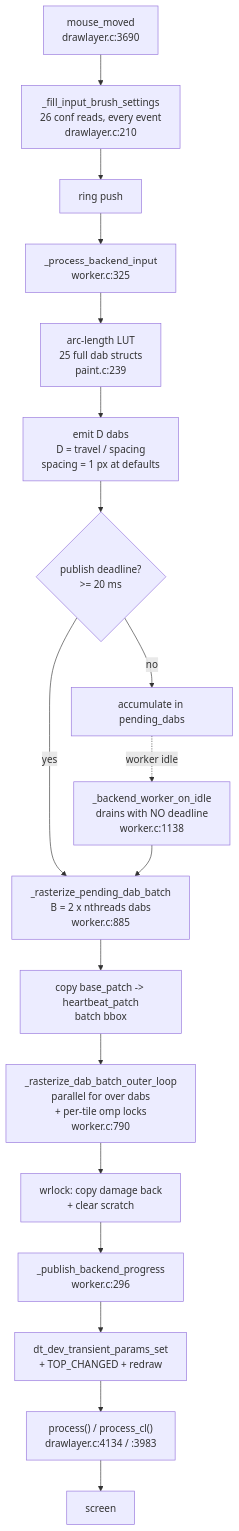
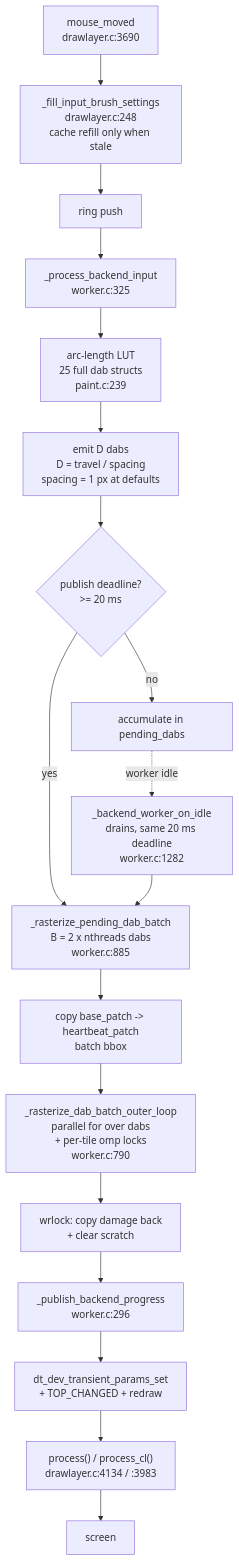
The second of 2 diagrams in doc/drawlayer.md (aurelienpierreeng/ansel), drawn with Mermaid before and after one commit. The commit also changed other lines of this file and 1 other file, not shown here.

````diff
--- a/doc/drawlayer.md
+++ b/doc/drawlayer.md
@@ -103,21 +124,21 @@
 ```mermaid
 flowchart TD
-  M["mouse_moved<br/>drawlayer.c:3690"] --> BRS["_fill_input_brush_settings<br/>26 conf reads, every event<br/>drawlayer.c:210"]
+  M["mouse_moved<br/>drawlayer.c:3690"] --> BRS["_fill_input_brush_settings<br/>drawlayer.c:248<br/>cache refill only when stale"]
   BRS --> PUSH["ring push"]
   PUSH --> PBI["_process_backend_input<br/>worker.c:325"]
   PBI --> LUT["arc-length LUT<br/>25 full dab structs<br/>paint.c:239"]
   LUT --> EMIT["emit D dabs<br/>D = travel / spacing<br/>spacing = 1 px at defaults"]
   EMIT --> Q{"publish deadline?<br/>>= 20 ms"}
   Q -->|no| WAIT["accumulate in pending_dabs"]
   Q -->|yes| BATCH
-  WAIT -.->|worker idle| DRAIN["_backend_worker_on_idle<br/>drains with NO deadline<br/>worker.c:1138"]
+  WAIT -.->|worker idle| DRAIN["_backend_worker_on_idle<br/>drains, same 20 ms deadline<br/>worker.c:1282"]
   DRAIN --> BATCH
   BATCH["_rasterize_pending_dab_batch<br/>B = 2 x nthreads dabs<br/>worker.c:885"]
   BATCH --> CP1["copy base_patch -> heartbeat_patch<br/>batch bbox"]
   CP1 --> RAST["_rasterize_dab_batch_outer_loop<br/>parallel for over dabs<br/>+ per-tile omp locks<br/>worker.c:790"]
   RAST --> CP2["wrlock: copy damage back<br/>+ clear scratch"]
   CP2 --> PUB["_publish_backend_progress<br/>worker.c:296"]
   PUB --> TP["dt_dev_transient_params_set<br/>+ TOP_CHANGED + redraw"]
   TP --> PROC["process() / process_cl()<br/>drawlayer.c:4134 / :3983"]
   PROC --> SCREEN["screen"]
 ```
````
